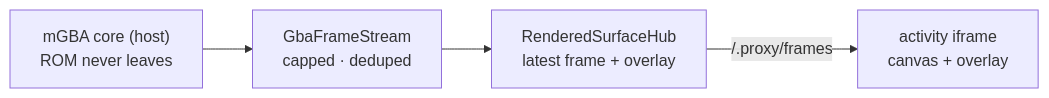
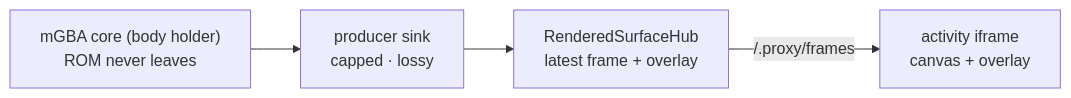
One commit to Volpestyle/clankie changed the diagram in apps/discord-activity/README.md. Above: the diagram before and after it, drawn with Mermaid. The commit also changed other lines of this file and 78 other files, not shown here.

````diff
--- a/apps/discord-activity/README.md
+++ b/apps/discord-activity/README.md
@@ -17,6 +19,6 @@
 ```mermaid
 flowchart LR
-  core["mGBA core (host)<br/>ROM never leaves"] --> stream["GbaFrameStream<br/>capped · deduped"]
-  stream --> hub["RenderedSurfaceHub<br/>latest frame + overlay"]
+  core["mGBA core (body holder)<br/>ROM never leaves"] --> producer["producer sink<br/>capped · lossy"]
+  producer --> hub["RenderedSurfaceHub<br/>latest frame + overlay"]
   hub -->|"/.proxy/frames"| iframe["activity iframe<br/>canvas + overlay"]
 ```
````
